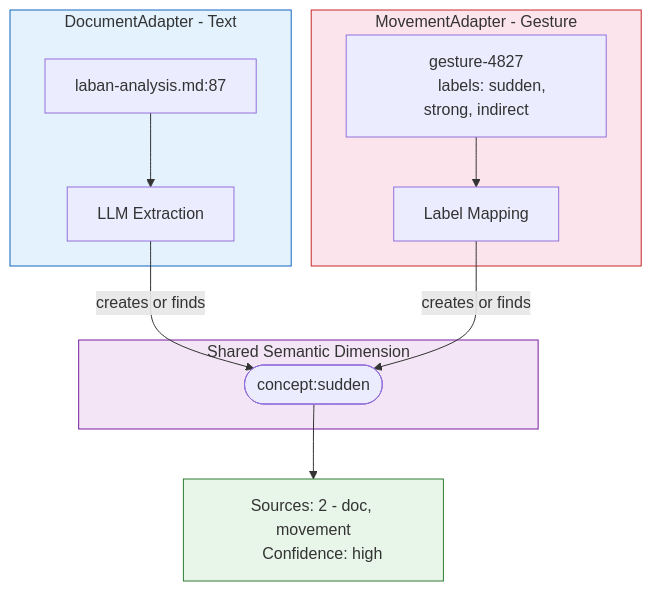
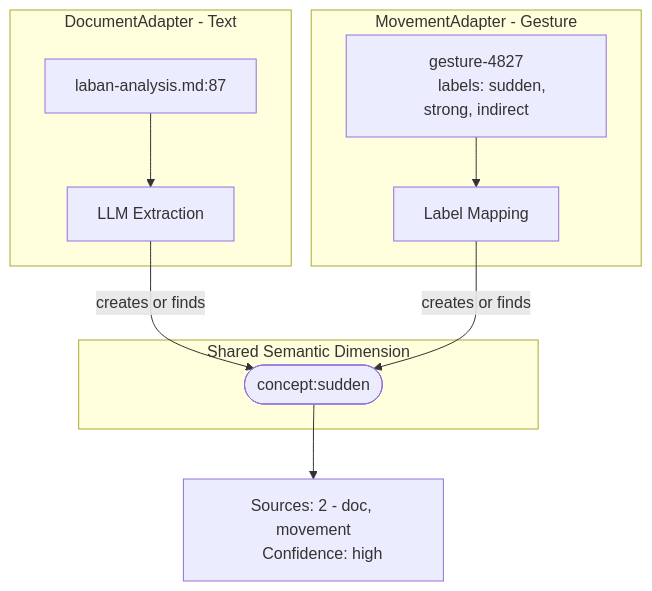
One commit to nrgforge/plexus changed the fifth of 8 diagrams in docs/semantic-adapters.md. Above: the diagram before and after it, drawn with Mermaid. The commit also changed other lines of this file and 1 other file, not shown here.

Commit message:
docs: remove background colors from mermaid diagrams

````diff
--- a/docs/semantic-adapters.md
+++ b/docs/semantic-adapters.md
@@ -120,26 +116,22 @@
 ```mermaid
 flowchart TB
     subgraph doc_path ["DocumentAdapter - Text"]
         paper["laban-analysis.md:87"] --> llm1["LLM Extraction"]
     end
 
     subgraph move_path ["MovementAdapter - Gesture"]
         gesture["gesture-4827
         labels: sudden, strong, indirect"] --> map1["Label Mapping"]
     end
 
     subgraph shared ["Shared Semantic Dimension"]
         concept_sudden(["concept:sudden"])
     end
 
     llm1 -->|"creates or finds"| concept_sudden
     map1 -->|"creates or finds"| concept_sudden
 
     concept_sudden --> result["Sources: 2 - doc, movement
     Confidence: high"]
 
-    style doc_path fill:#e3f2fd,stroke:#1565c0
-    style move_path fill:#fce4ec,stroke:#c62828
-    style shared fill:#f3e5f5,stroke:#7b1fa2
-    style result fill:#e8f5e9,stroke:#2e7d32
 ```
````
